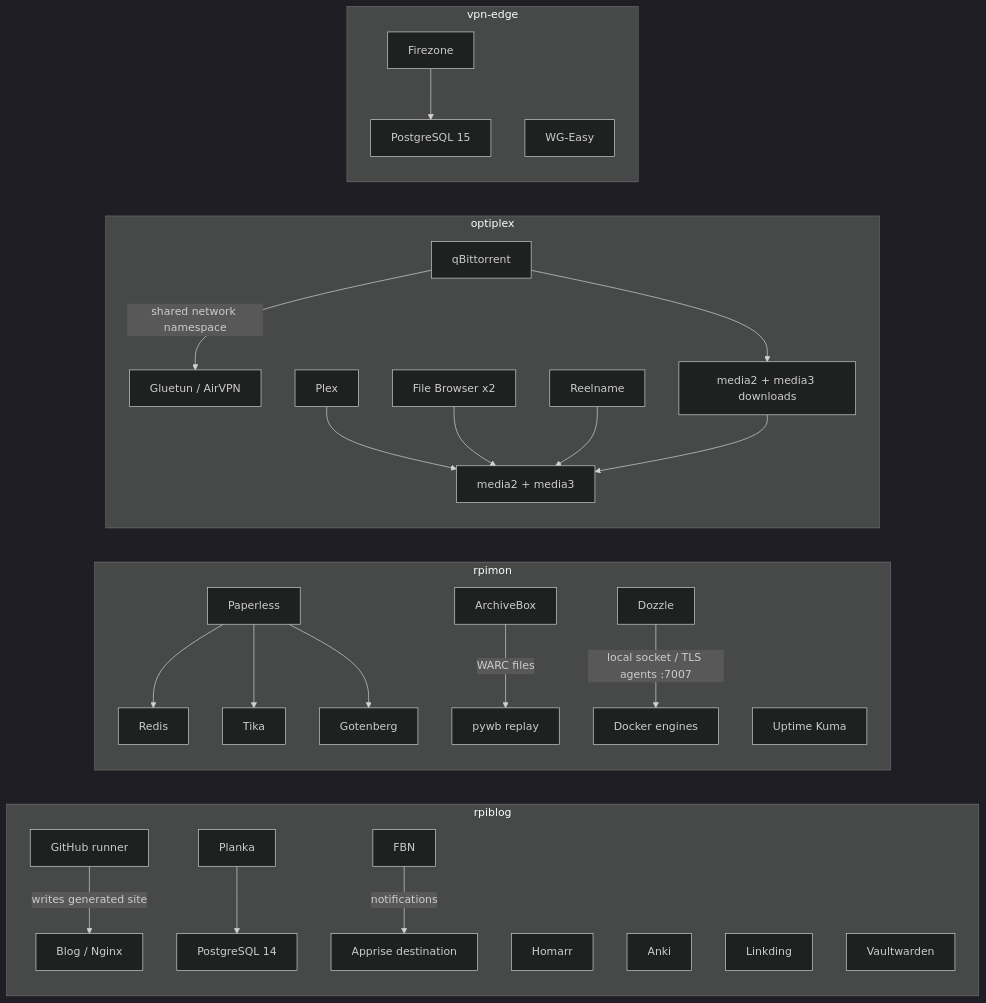
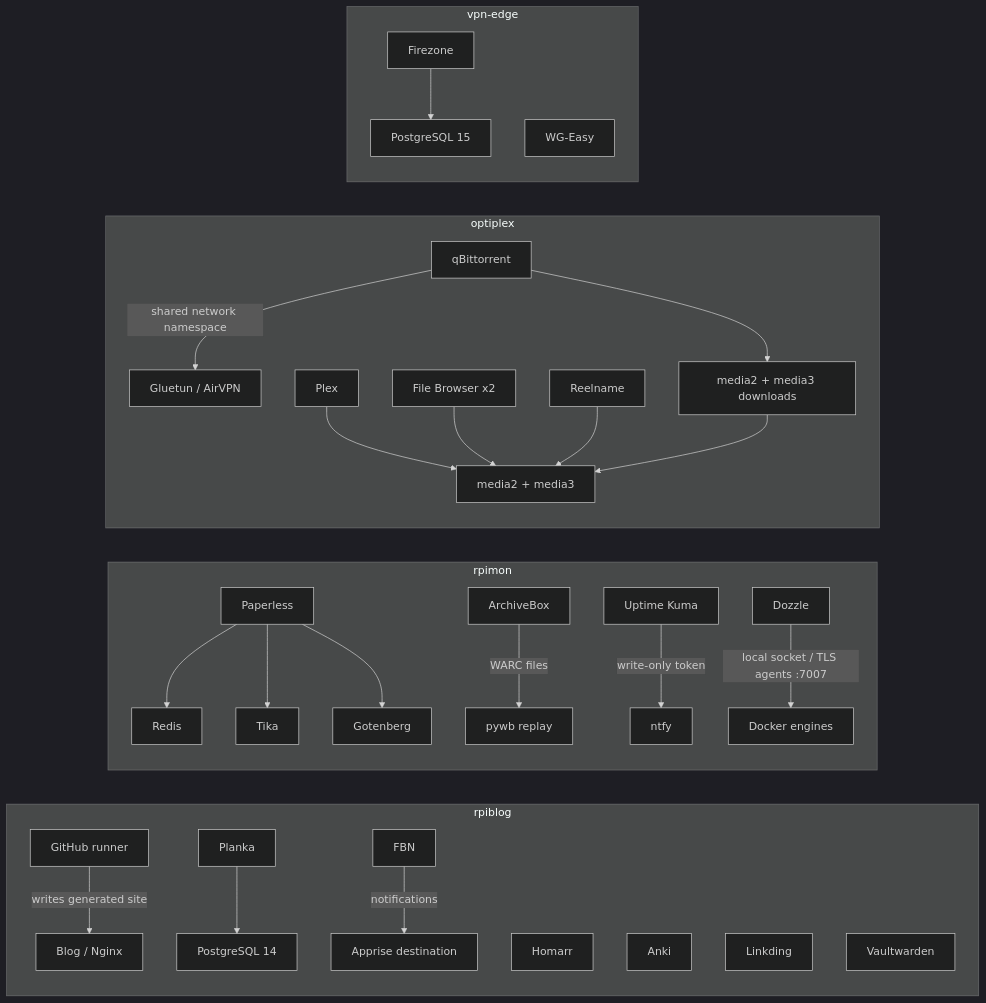
Before and after one commit to viseshrp/homelab: the second of 2 diagrams in docs/architecture.md, drawn with Mermaid (dark theme). The commit also changed other lines of this file and 21 other files, not shown here.

Commit message:
Add self-hosted ntfy notifications for Uptime Kuma

````diff
--- a/docs/architecture.md
+++ b/docs/architecture.md
@@ -47,35 +47,35 @@
 ```mermaid
 flowchart LR
     subgraph web["rpiblog"]
         runner["GitHub runner"] -->|"writes generated site"| blog["Blog / Nginx"]
         planka["Planka"] --> plankaDb["PostgreSQL 14"]
         homarr["Homarr"]
         anki["Anki"]
         linkding["Linkding"]
         vaultwarden["Vaultwarden"]
         fbn["FBN"] -->|"notifications"| apprise["Apprise destination"]
     end
 
     subgraph observability["rpimon"]
         paperless["Paperless"] --> redis["Redis"]
         paperless --> tika["Tika"]
         paperless --> gotenberg["Gotenberg"]
         archivebox["ArchiveBox"] -->|"WARC files"| pywb["pywb replay"]
-        kuma["Uptime Kuma"]
+        kuma["Uptime Kuma"] -->|"write-only token"| ntfy["ntfy"]
         dozzle["Dozzle"] -->|"local socket / TLS agents :7007"| dockerHosts["Docker engines"]
     end
 
     subgraph media["optiplex"]
         qbit["qBittorrent"] -->|"shared network namespace"| gluetun["Gluetun / AirVPN"]
         qbit --> downloads["media2 + media3 downloads"]
         plex["Plex"] --> mediaTrees["media2 + media3"]
         filebrowser["File Browser x2"] --> mediaTrees
         reelname["Reelname"] --> mediaTrees
         downloads --> mediaTrees
     end
 
     subgraph remote["vpn-edge"]
         firezone["Firezone"] --> firezoneDb["PostgreSQL 15"]
         wgeasy["WG-Easy"]
     end
 ```
````
